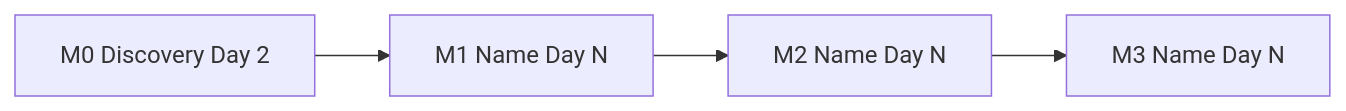
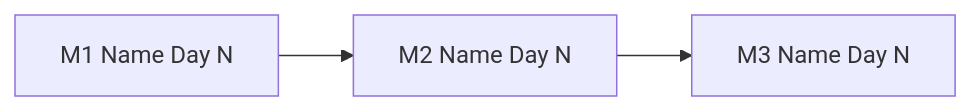
Before and after one commit to santoshkasula-rula/sk-claude-skills: the second of 2 diagrams in skills/estimate-effort/OUTPUT_TEMPLATE.md, drawn with Mermaid. The commit also changed other lines of this file and 1 other file, not shown here.

````diff
--- a/skills/estimate-effort/OUTPUT_TEMPLATE.md
+++ b/skills/estimate-effort/OUTPUT_TEMPLATE.md
@@ -196,6 +211,5 @@
 ```mermaid
 flowchart LR
-    M0[M0 Discovery Day 2] --> M1[M1 Name Day N]
-    M1 --> M2[M2 Name Day N]
+    M1[M1 Name Day N] --> M2[M2 Name Day N]
     M2 --> M3[M3 Name Day N]
 ```
````
